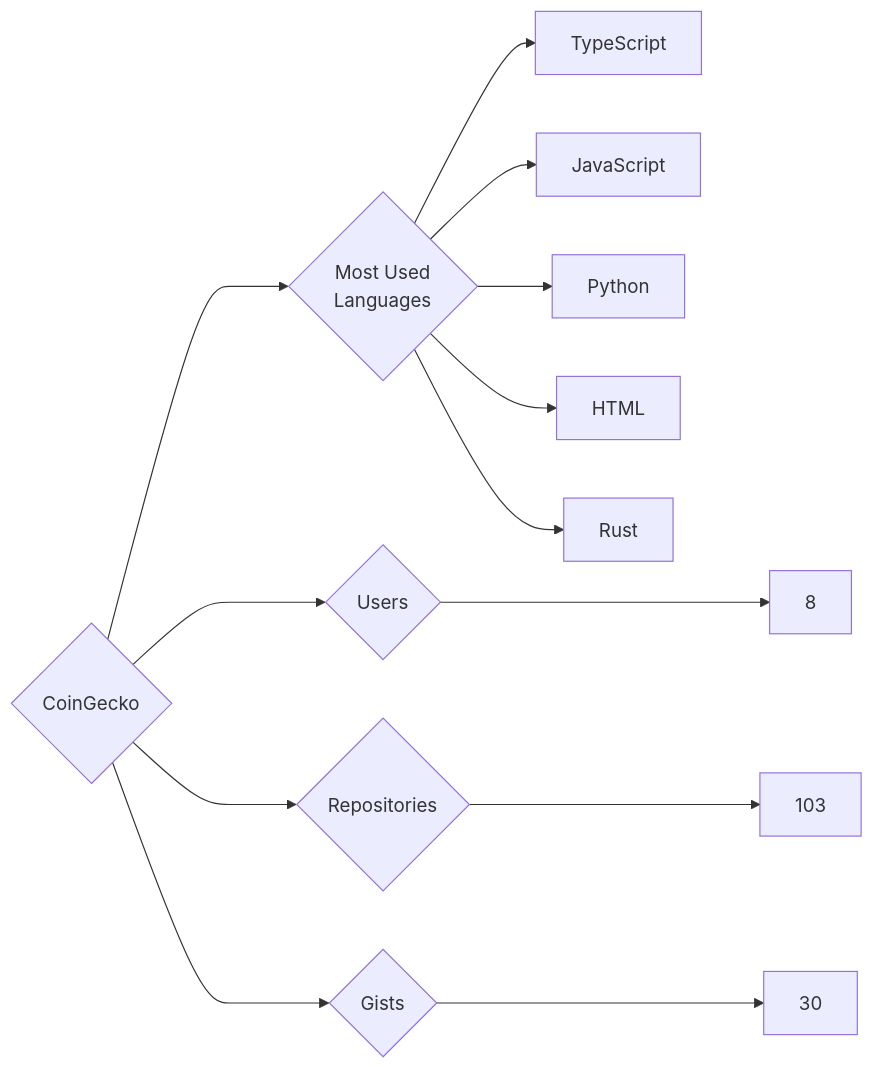
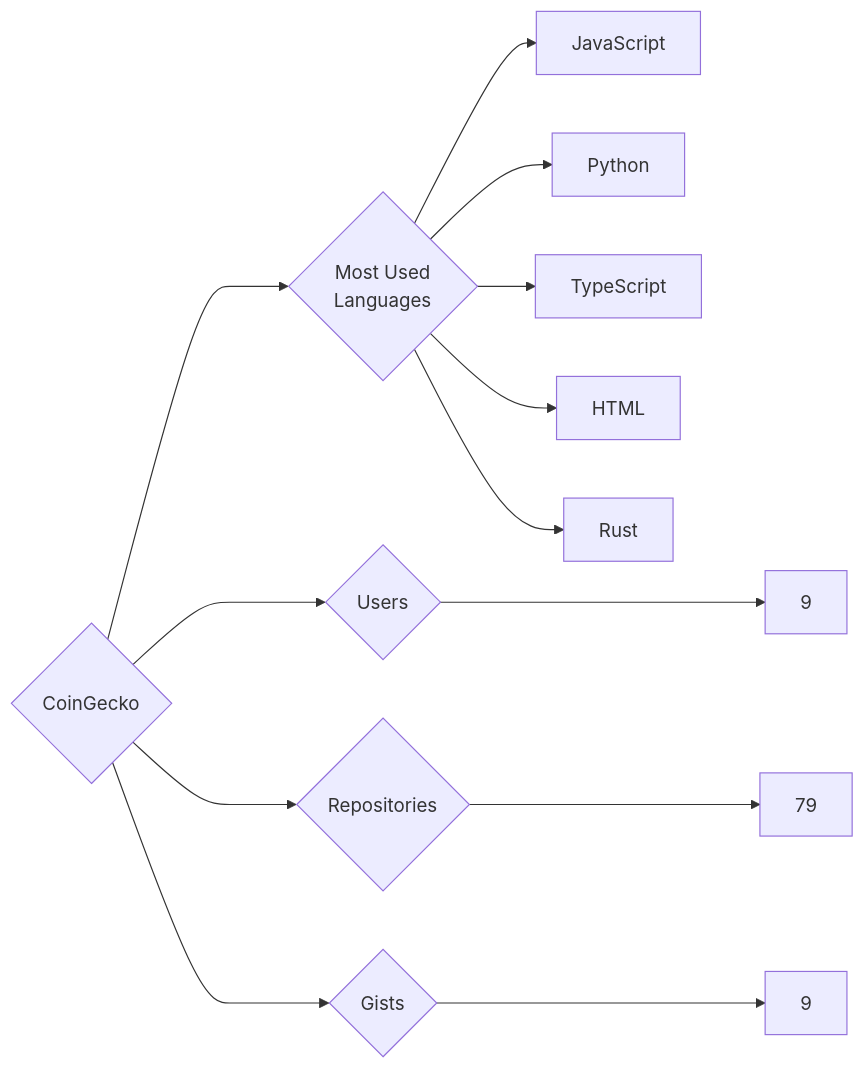
One commit to trickest/insiders changed the diagram in targets/CoinGecko/README.md. Above: the diagram before and after it, drawn with Mermaid. The commit also changed 1170 other files, not shown here.

````diff
--- a/targets/CoinGecko/README.md
+++ b/targets/CoinGecko/README.md
@@ -3,13 +3,13 @@
 ```mermaid
 graph LR
 COMPANY_NAME{CoinGecko}
-COMPANY_NAME ---> U{Users} ---> UN[8]
-COMPANY_NAME ---> R{Repositories} ---> RN[103]
-COMPANY_NAME ---> G{Gists} ---> GN[30]
+COMPANY_NAME ---> U{Users} ---> UN[9]
+COMPANY_NAME ---> R{Repositories} ---> RN[79]
+COMPANY_NAME ---> G{Gists} ---> GN[9]
 COMPANY_NAME ---> ML{Most Used<br>Languages}
-ML --> TypeScript[TypeScript]
 ML --> JavaScript[JavaScript]
 ML --> Python[Python]
+ML --> TypeScript[TypeScript]
 ML --> HTML[HTML]
 ML --> Rust[Rust]
 ```
````
